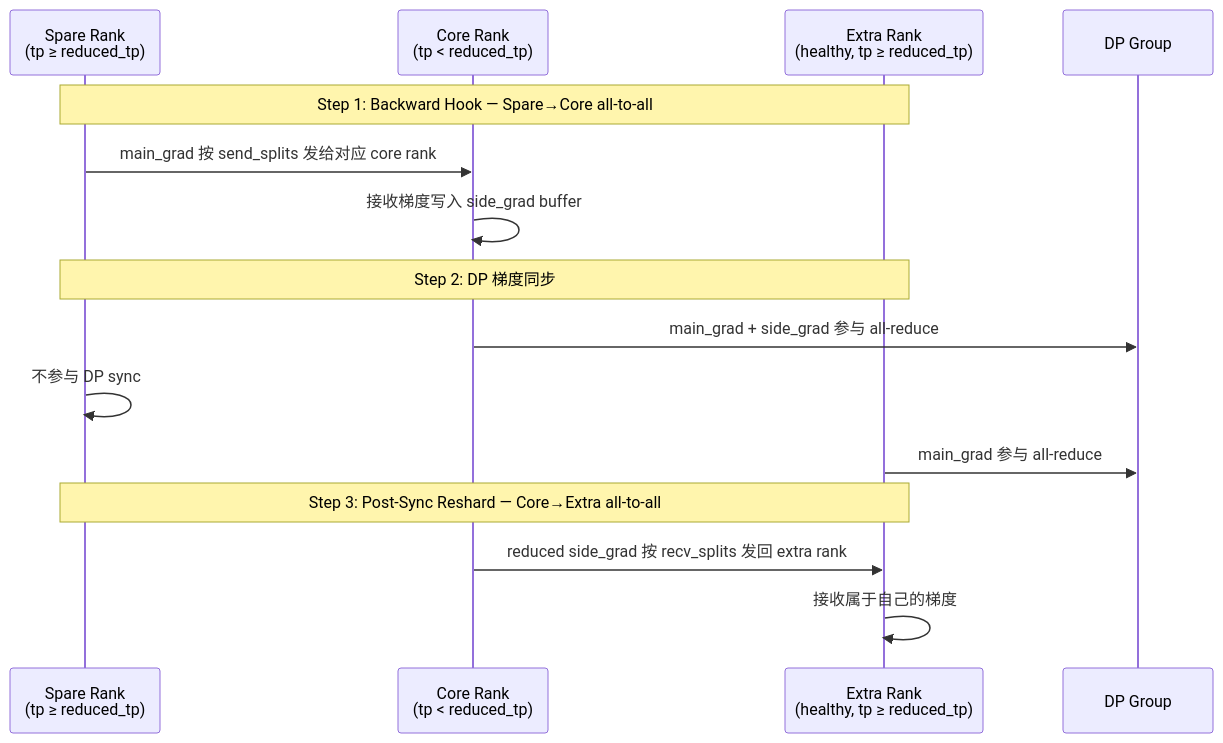
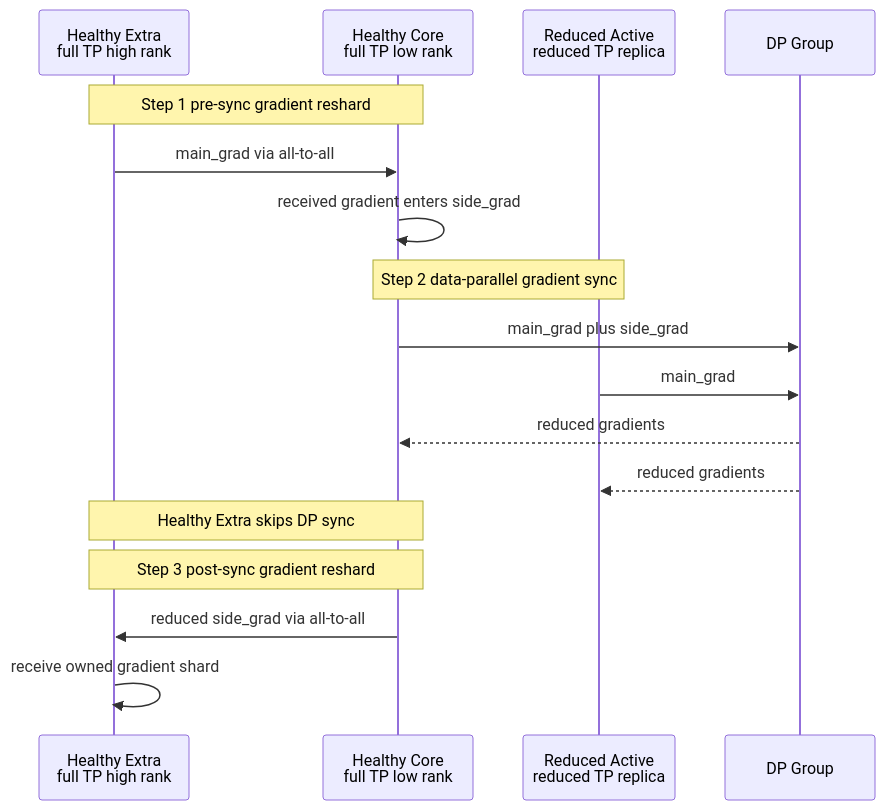
One commit to suhaibo666/llm-knowledge changed the diagram in wiki/02_engineering/02_train_frameworks/megatron-lm/25_megatron_nonuniform_tp_analysis.md. Above: the diagram before and after it, drawn with Mermaid. The commit also changed other lines of this file and 63 other files, not shown here.

````diff
--- a/wiki/02_engineering/02_train_frameworks/megatron-lm/25_megatron_nonuniform_tp_analysis.md
+++ b/wiki/02_engineering/02_train_frameworks/megatron-lm/25_megatron_nonuniform_tp_analysis.md
@@ -125,20 +125,22 @@
 ```mermaid
 sequenceDiagram
-    participant Spare as Spare Rank<br/>(tp ≥ reduced_tp)
-    participant Core as Core Rank<br/>(tp < reduced_tp)
-    participant Extra as Extra Rank<br/>(healthy, tp ≥ reduced_tp)
+    participant HE as Healthy Extra<br/>full TP high rank
+    participant HC as Healthy Core<br/>full TP low rank
+    participant RA as Reduced Active<br/>reduced TP replica
     participant DP as DP Group
 
-    Note over Spare,Extra: Step 1: Backward Hook — Spare→Core all-to-all
-    Spare->>Core: main_grad 按 send_splits 发给对应 core rank
-    Core->>Core: 接收梯度写入 side_grad buffer
+    Note over HE,HC: Step 1 pre-sync gradient reshard
+    HE->>HC: main_grad via all-to-all
+    HC->>HC: received gradient enters side_grad
 
-    Note over Spare,Extra: Step 2: DP 梯度同步
-    Core->>DP: main_grad + side_grad 参与 all-reduce
-    Spare->>Spare: 不参与 DP sync
-    Extra->>DP: main_grad 参与 all-reduce
+    Note over HC,RA: Step 2 data-parallel gradient sync
+    HC->>DP: main_grad plus side_grad
+    RA->>DP: main_grad
+    DP-->>HC: reduced gradients
+    DP-->>RA: reduced gradients
+    Note over HE,HC: Healthy Extra skips DP sync
 
-    Note over Spare,Extra: Step 3: Post-Sync Reshard — Core→Extra all-to-all
-    Core->>Extra: reduced side_grad 按 recv_splits 发回 extra rank
-    Extra->>Extra: 接收属于自己的梯度
+    Note over HE,HC: Step 3 post-sync gradient reshard
+    HC->>HE: reduced side_grad via all-to-all
+    HE->>HE: receive owned gradient shard
 ```
````
